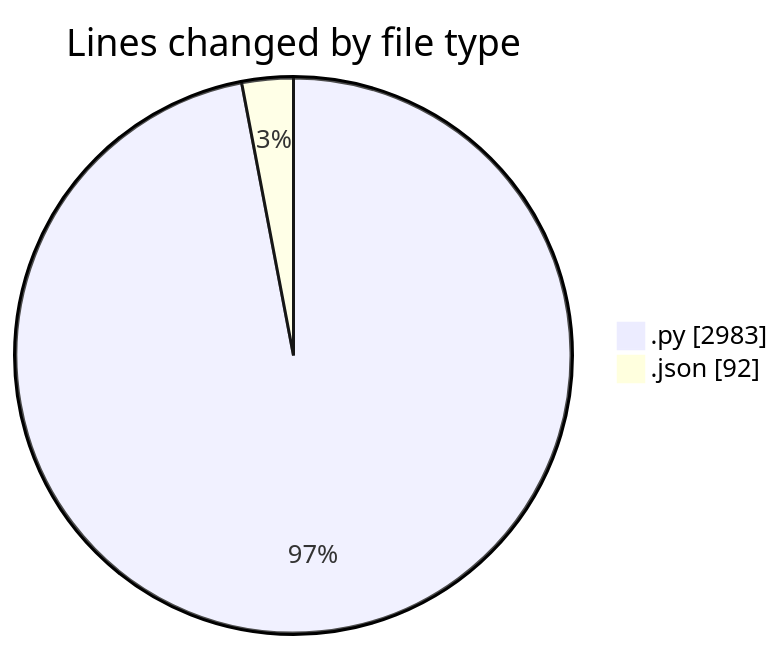
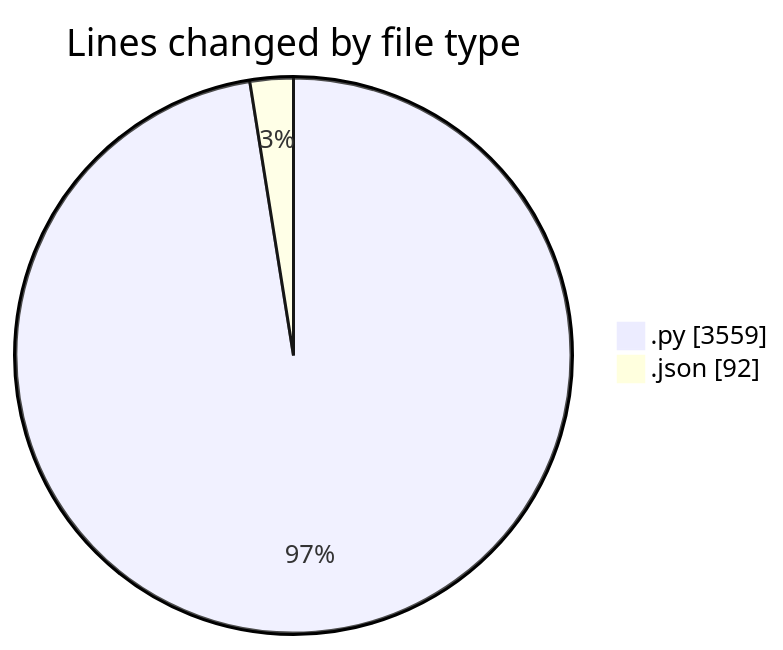
The first of 2 diagrams in 2025-07-13/telebot/README.md (jrari/code-tracking), drawn with Mermaid before and after one commit. The commit also changed other lines of this file and 1 other file, not shown here.

````diff
--- a/2025-07-13/telebot/README.md
+++ b/2025-07-13/telebot/README.md
@@ -26,6 +27,6 @@
 ```mermaid
 pie showData
 title Lines changed by file type
-".py" : 2983
+".py" : 3559
 ".json" : 92
 ```
````
